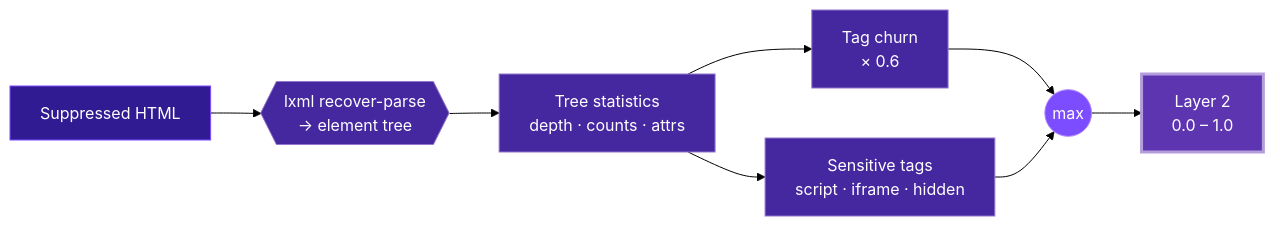
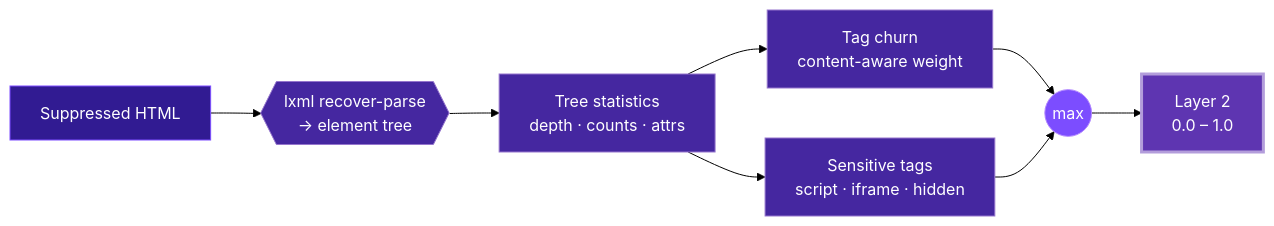
One commit to Ns81000/WARDRESS changed the diagram in docs/layers/2-dom-structure.mdx. Above: the diagram before and after it, drawn with Mermaid (forest theme). The commit also changed other lines of this file and 3 other files, not shown here.

Commit message:
feat(detection10): content-aware churn weighting for layer 2

````diff
--- a/docs/layers/2-dom-structure.mdx
+++ b/docs/layers/2-dom-structure.mdx
@@ -26,14 +26,14 @@
 ```mermaid actions={true}
 flowchart LR
     HTML["Suppressed HTML"]:::in --> P{{"lxml recover-parse<br/>→ element tree"}}
     P --> S["Tree statistics<br/>depth · counts · attrs"]:::node
-    S --> CH["Tag churn<br/>× 0.6"]:::node
+    S --> CH["Tag churn<br/>content-aware weight"]:::node
     S --> SN["Sensitive tags<br/>script · iframe · hidden"]:::node
     CH & SN --> M(("max")):::pick
     M --> OUT["Layer 2<br/>0.0 – 1.0"]:::out
 
     classDef in fill:#311b92,stroke:#7c4dff,color:#fff;
     classDef node fill:#4527a0,stroke:#9575cd,color:#fff;
     classDef pick fill:#7c4dff,stroke:#b388ff,color:#fff;
     classDef out fill:#5e35b1,stroke:#b39ddb,color:#fff,stroke-width:3px;
 ```
````
